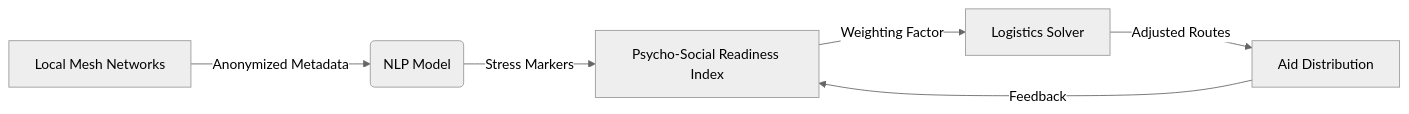
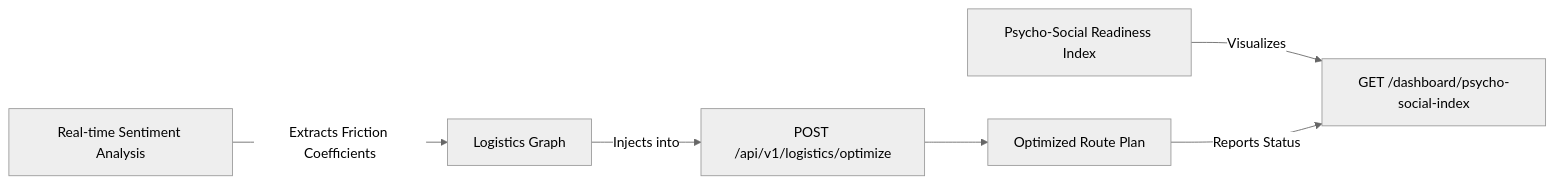
One commit to shawnhvac/agentworld-prior-art changed the diagram in inventions/inv_psycho_social_readiness_index_for_disaster_logis_937fb.md. Above: the diagram before and after it, drawn with Mermaid (neutral theme). The commit also changed other lines of this file and 130 other files, not shown here.

````diff
--- a/inventions/inv_psycho_social_readiness_index_for_disaster_logis_937fb.md
+++ b/inventions/inv_psycho_social_readiness_index_for_disaster_logis_937fb.md
@@ -47,8 +47,8 @@
 ```mermaid
 graph LR
-    A[Local Mesh Networks] -->|Anonymized Metadata| B(NLP Model)
-    B -->|Stress Markers| C[Psycho-Social Readiness Index]
-    C -->|Weighting Factor| D[Logistics Solver]
-    D -->|Adjusted Routes| E[Aid Distribution]
-    E -->|Feedback| C
+    A[Real-time Sentiment Analysis] -->|Extracts Friction Coefficients| B[Logistics Graph]
+    B -->|Injects into| C[POST /api/v1/logistics/optimize]
+    C --> D[Optimized Route Plan]
+    E[Psycho-Social Readiness Index] -->|Visualizes| F[GET /dashboard/psycho-social-index]
+    D -->|Reports Status| F
 ```
````
